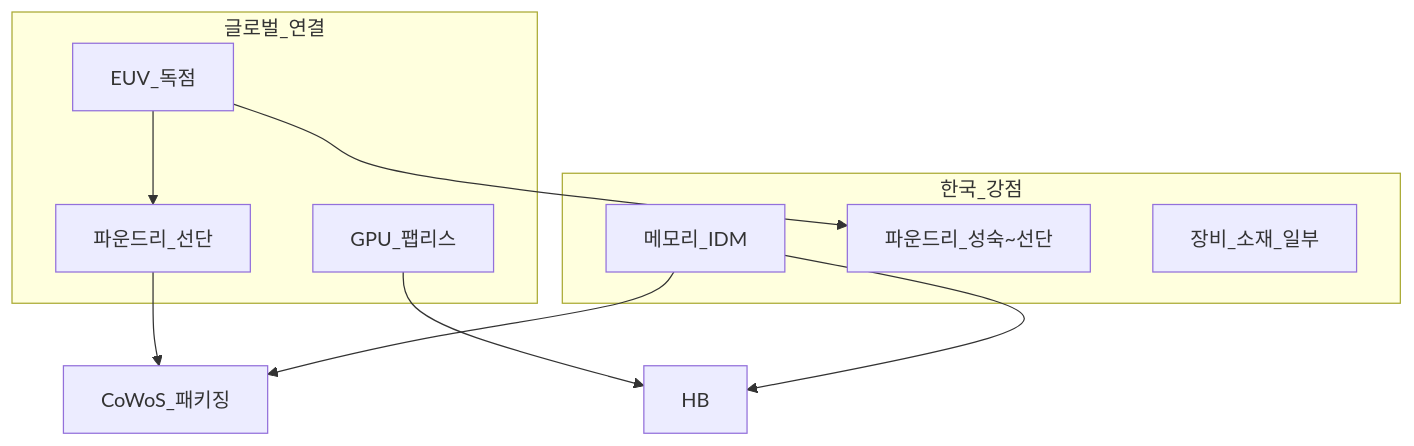
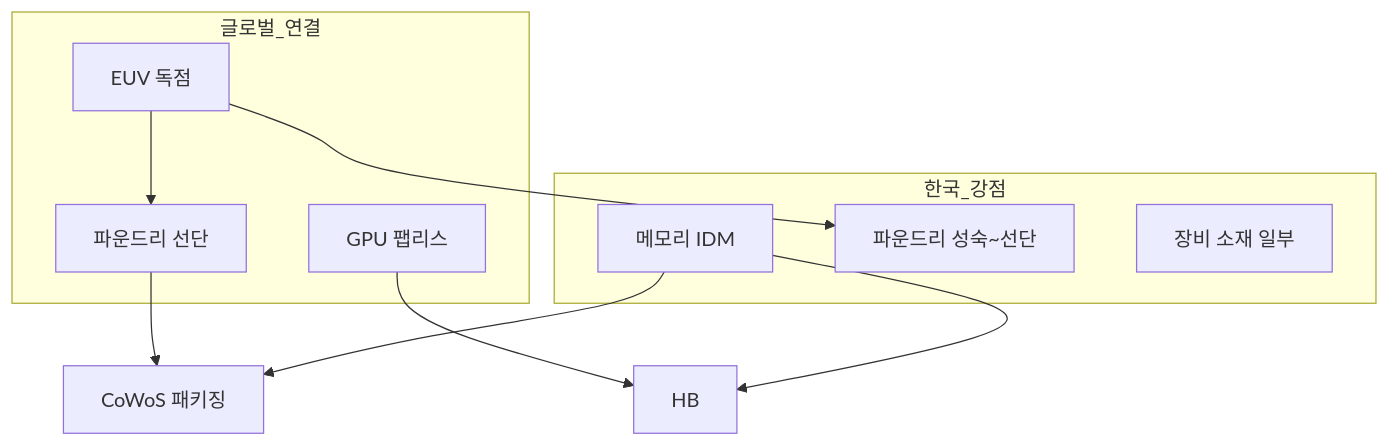
The third of 3 diagrams in 03-markets/sectors/semiconductor.md (goldanghenry/Finances), drawn with Mermaid before and after one commit. The commit also changed other lines of this file and 211 other files, not shown here.

````diff
--- a/03-markets/sectors/semiconductor.md
+++ b/03-markets/sectors/semiconductor.md
@@ -171,19 +176,19 @@
 ```mermaid
 flowchart TB
   subgraph kr [한국_강점]
-    MemKr[메모리_IDM]
-    FoundKr[파운드리_성숙~선단]
-    EquipKr[장비_소재_일부]
+    MemKr["메모리 IDM"]
+    FoundKr["파운드리 성숙~선단"]
+    EquipKr["장비 소재 일부"]
   end
   subgraph global [글로벌_연결]
-    NVDA[GPU_팹리스]
-    TSMC[파운드리_선단]
-    ASML[EUV_독점]
+    NVDA["GPU 팹리스"]
+    TSMC["파운드리 선단"]
+    ASML["EUV 독점"]
   end
   NVDA --> HB
   MemKr --> HB
-  TSMC --> CoWoS[CoWoS_패키징]
+  TSMC --> CoWoS["CoWoS 패키징"]
   MemKr --> CoWoS
   ASML --> FoundKr
   ASML --> TSMC
 ```
````
